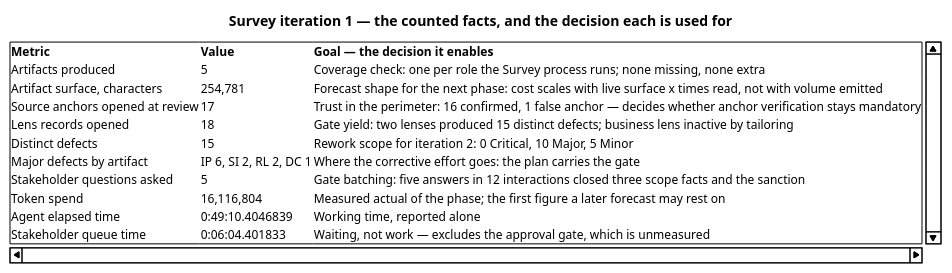
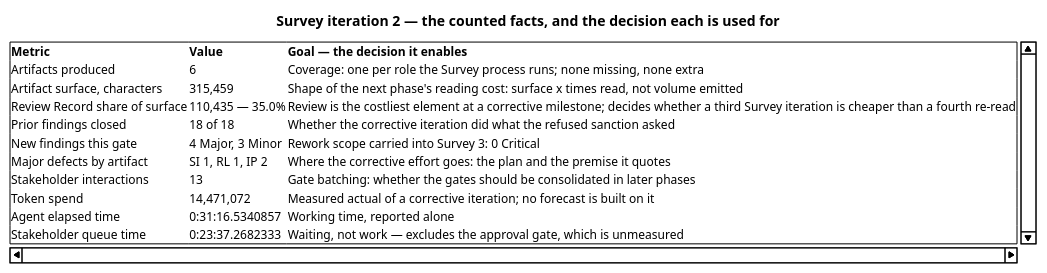
One commit to banense-test/TodoApp changed the second of 4 diagrams in docs/artifacts/project-management/iteration-assessment.md. Above: the diagram before and after it, drawn with PlantUML. The commit also changed other lines of this file, not shown here.

First line of the commit message:
Project Manager [Survey2]: upsert Iteration Assessment

````diff
--- a/docs/artifacts/project-management/iteration-assessment.md
+++ b/docs/artifacts/project-management/iteration-assessment.md
@@ -115,20 +115,20 @@
 ```plantuml
 @startsalt
-title Survey iteration 1 — the counted facts, and the decision each is used for
+title Survey iteration 2 — the counted facts, and the decision each is used for
 {
 {S
 <b>Metric</b> | <b>Value</b> | <b>Goal — the decision it enables</b>
-Artifacts produced | 5 | Coverage check: one per role the Survey process runs; none missing, none extra
-Artifact surface, characters | 254,781 | Forecast shape for the next phase: cost scales with live surface x times read, not with volume emitted
-Source anchors opened at review | 17 | Trust in the perimeter: 16 confirmed, 1 false anchor — decides whether anchor verification stays mandatory
-Lens records opened | 18 | Gate yield: two lenses produced 15 distinct defects; business lens inactive by tailoring
-Distinct defects | 15 | Rework scope for iteration 2: 0 Critical, 10 Major, 5 Minor
-Major defects by artifact | IP 6, SI 2, RL 2, DC 1 | Where the corrective effort goes: the plan carries the gate
-Stakeholder questions asked | 5 | Gate batching: five answers in 12 interactions closed three scope facts and the sanction
-Token spend | 16,116,804 | Measured actual of the phase; the first figure a later forecast may rest on
-Agent elapsed time | 0:49:10.4046839 | Working time, reported alone
-Stakeholder queue time | 0:06:04.401833 | Waiting, not work — excludes the approval gate, which is unmeasured
+Artifacts produced | 6 | Coverage: one per role the Survey process runs; none missing, none extra
+Artifact surface, characters | 315,459 | Shape of the next phase's reading cost: surface x times read, not volume emitted
+Review Record share of surface | 110,435 — 35.0% | Review is the costliest element at a corrective milestone; decides whether a third Survey iteration is cheaper than a fourth re-read
+Prior findings closed | 18 of 18 | Whether the corrective iteration did what the refused sanction asked
+New findings this gate | 4 Major, 3 Minor | Rework scope carried into Survey 3: 0 Critical
+Major defects by artifact | SI 1, RL 1, IP 2 | Where the corrective effort goes: the plan and the premise it quotes
+Stakeholder interactions | 13 | Gate batching: whether the gates should be consolidated in later phases
+Token spend | 14,471,072 | Measured actual of a corrective iteration; no forecast is built on it
+Agent elapsed time | 0:31:16.5340857 | Working time, reported alone
+Stakeholder queue time | 0:23:37.2682333 | Waiting, not work — excludes the approval gate, which is unmeasured
 }
 }
 @endsalt
 ```
````
